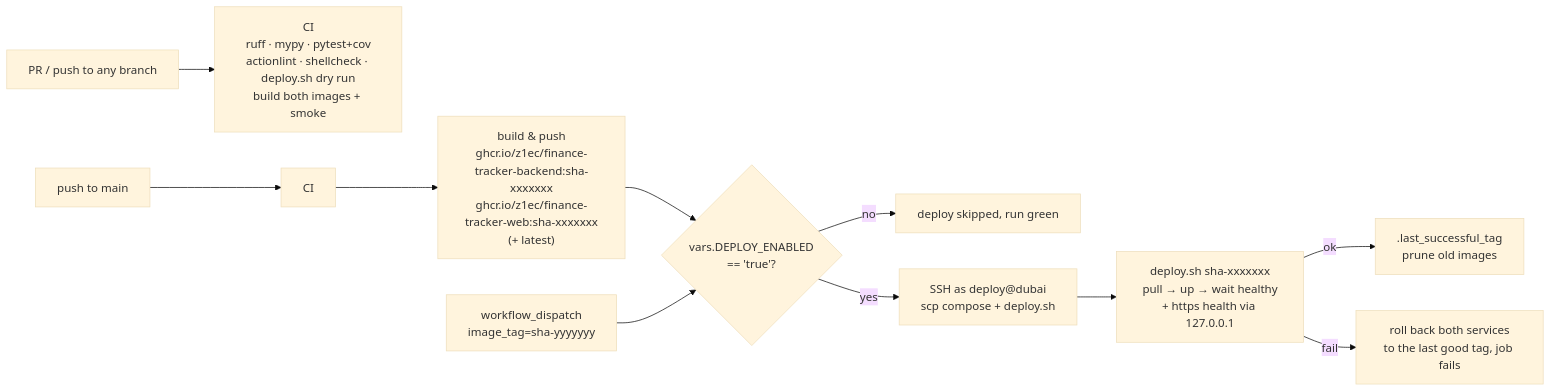
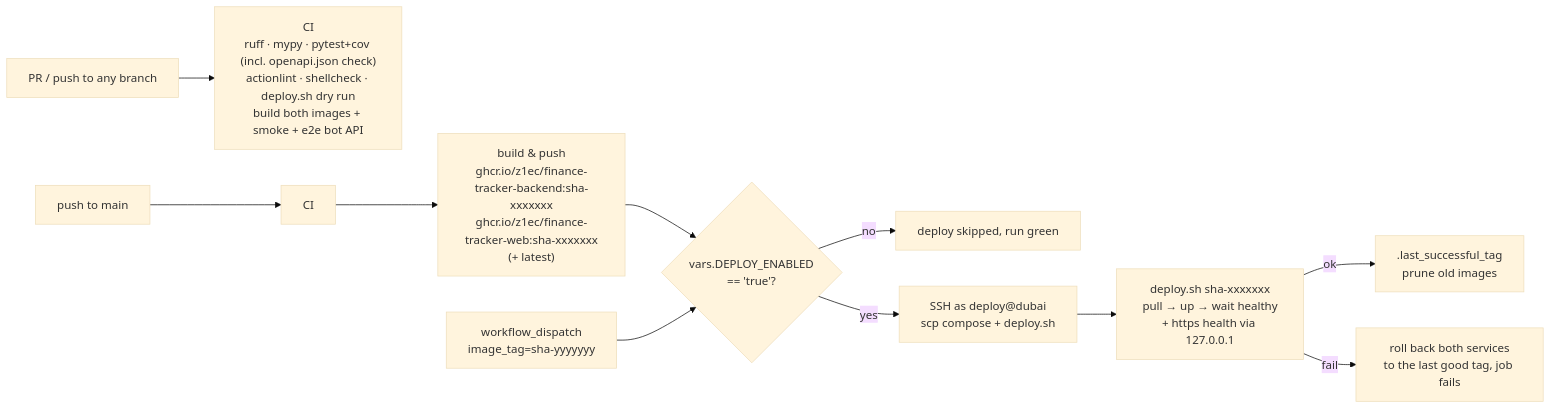
One commit to z1ec/VAV-finance-tracker changed the diagram in docs/DEPLOYMENT.md. Above: the diagram before and after it, drawn with Mermaid (base theme). The commit also changed other lines of this file and 15 other files, not shown here.

````diff
--- a/docs/DEPLOYMENT.md
+++ b/docs/DEPLOYMENT.md
@@ -9,11 +9,11 @@
 ```mermaid
 flowchart LR
-    pr[PR / push to any branch] --> ci["CI<br/>ruff · mypy · pytest+cov<br/>actionlint · shellcheck · deploy.sh dry run<br/>build both images + smoke"]
+    pr[PR / push to any branch] --> ci["CI<br/>ruff · mypy · pytest+cov (incl. openapi.json check)<br/>actionlint · shellcheck · deploy.sh dry run<br/>build both images + smoke + e2e bot API"]
     main[push to main] --> ci2[CI] --> build["build & push<br/>ghcr.io/z1ec/finance-tracker-backend:sha-xxxxxxx<br/>ghcr.io/z1ec/finance-tracker-web:sha-xxxxxxx<br/>(+ latest)"]
     build --> gate{"vars.DEPLOY_ENABLED<br/>== 'true'?"}
     gate -- no --> skip[deploy skipped, run green]
     gate -- yes --> ssh["SSH as deploy@dubai<br/>scp compose + deploy.sh"] --> dep["deploy.sh sha-xxxxxxx<br/>pull → up → wait healthy<br/>+ https health via 127.0.0.1"]
     dep -- ok --> rec[".last_successful_tag<br/>prune old images"]
     dep -- fail --> rb["roll back both services<br/>to the last good tag, job fails"]
     manual["workflow_dispatch<br/>image_tag=sha-yyyyyyy"] --> gate
 ```
````
